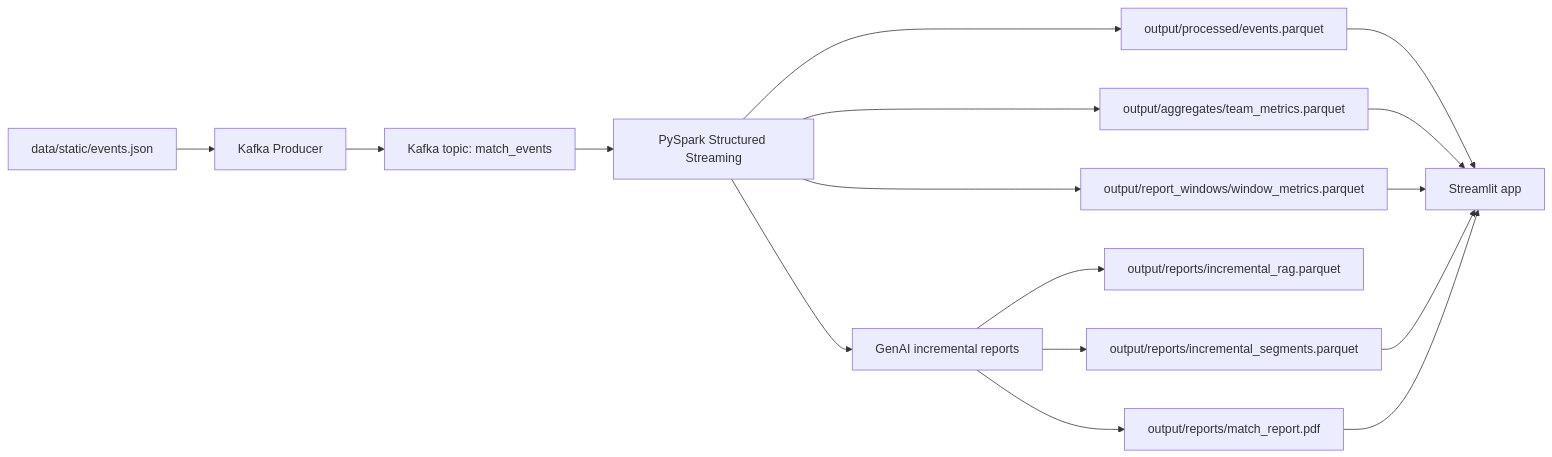
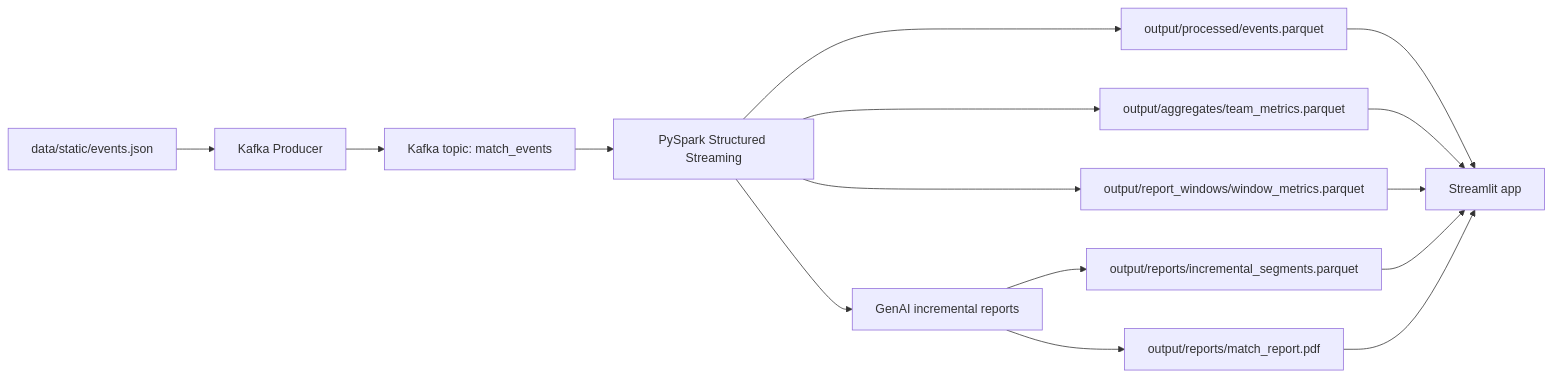
The diagram in ARCHITECTURE.md (DaniLopez23/real-time-match-simulator), drawn with Mermaid before and after one commit. The commit also changed other lines of this file and 10 other files, not shown here.

````diff
--- a/ARCHITECTURE.md
+++ b/ARCHITECTURE.md
@@ -7,18 +7,17 @@
 ```mermaid
 flowchart LR
     A["data/static/events.json"] --> B["Kafka Producer"]
     B --> C["Kafka topic: match_events"]
     C --> D["PySpark Structured Streaming"]
     D --> E["output/processed/events.parquet"]
     D --> F["output/aggregates/team_metrics.parquet"]
     D --> G["output/report_windows/window_metrics.parquet"]
     D --> H["GenAI incremental reports"]
-    H --> I["output/reports/incremental_rag.parquet"]
     H --> J["output/reports/incremental_segments.parquet"]
     H --> K["output/reports/match_report.pdf"]
     E --> L["Streamlit app"]
     F --> L
     G --> L
     J --> L
     K --> L
 ```
````
